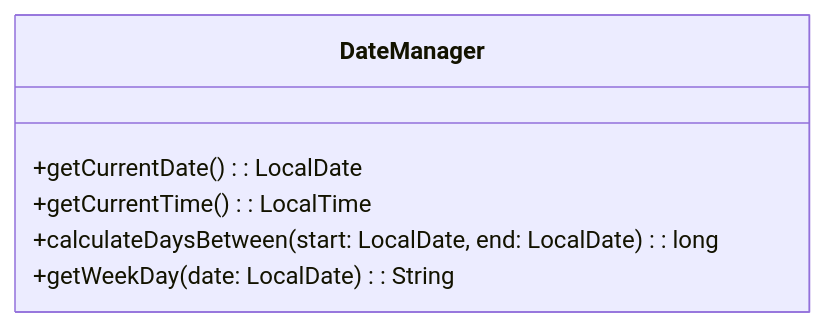
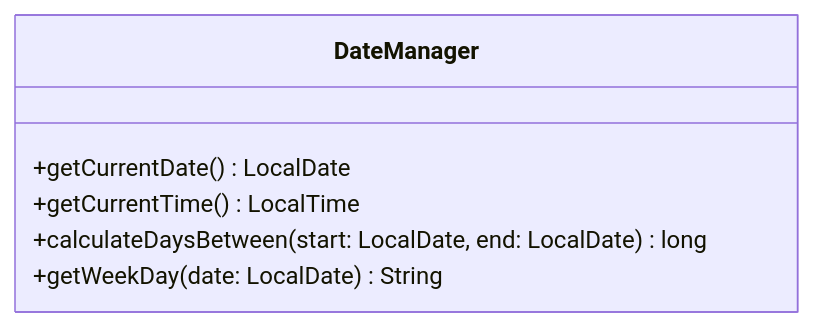
Before and after one commit to wielandjan/java_helloWorld_1: the first of 4 diagrams in scr/exercises/Programmieren1/SampleExam/ReadMe.md, drawn with Mermaid. The commit also changed other lines of this file and 1 other file, not shown here.

Commit message:
new file:   scr/exercises/Programmieren1/SampleExam/DateManager.java 	modified:   scr/exercises/Programmieren1/SampleExam/ReadMe.md

````diff
--- a/scr/exercises/Programmieren1/SampleExam/ReadMe.md
+++ b/scr/exercises/Programmieren1/SampleExam/ReadMe.md
@@ -28,9 +28,9 @@
 ```mermaid
 classDiagram
     class DateManager {
-        +getCurrentDate(): LocalDate
-        +getCurrentTime(): LocalTime
-        +calculateDaysBetween(start: LocalDate, end: LocalDate): long
-        +getWeekDay(date: LocalDate): String
+        +getCurrentDate() LocalDate
+        +getCurrentTime() LocalTime
+        +calculateDaysBetween(start: LocalDate, end: LocalDate) long
+        +getWeekDay(date: LocalDate) String
     }
 ```
````
